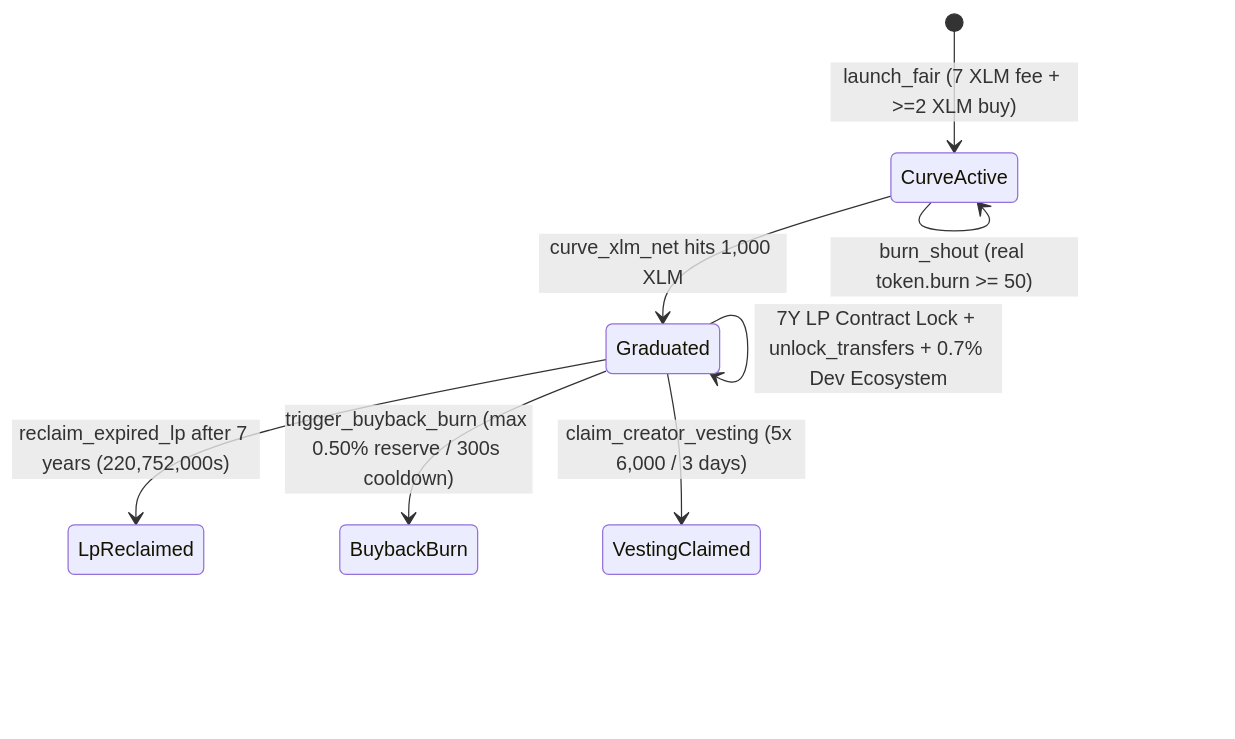
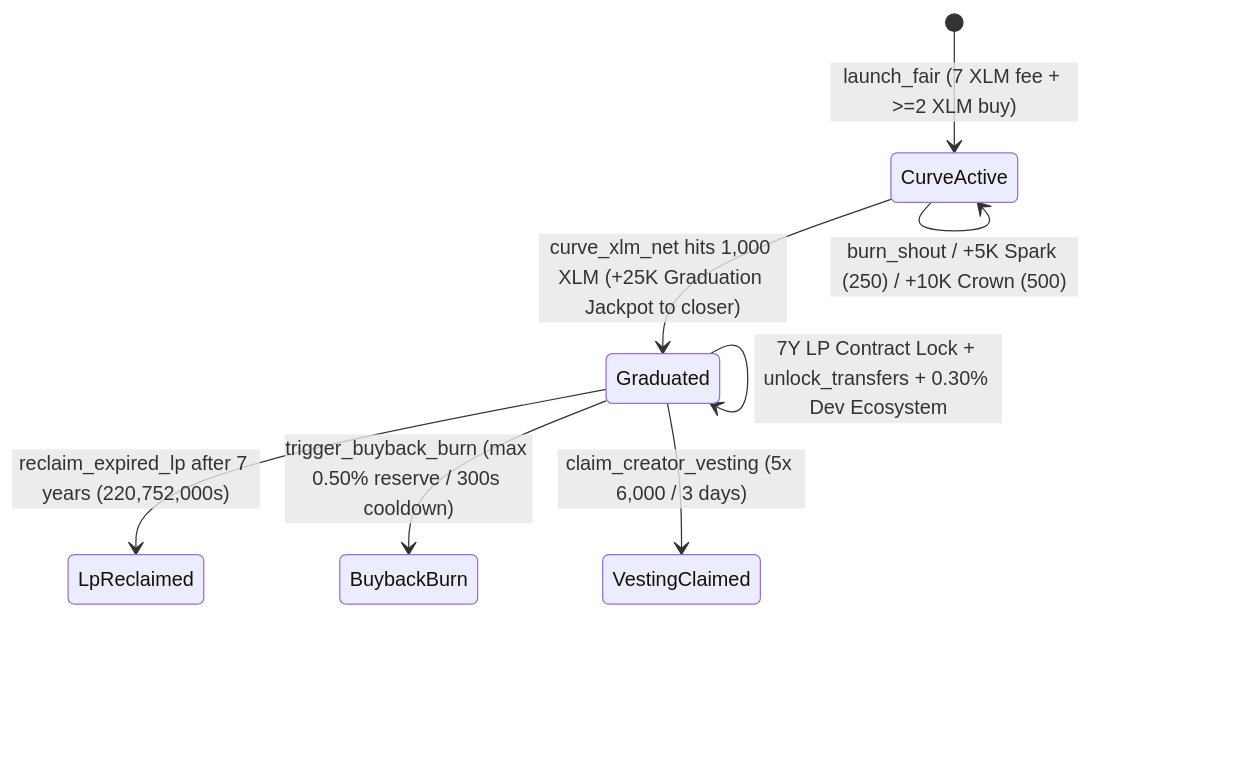
One commit to NunaLabsDev/astrogate changed the diagram in ARCHITECTURE.md. Above: the diagram before and after it, drawn with Mermaid. The commit also changed other lines of this file and 58 other files, not shown here.

````diff
--- a/ARCHITECTURE.md
+++ b/ARCHITECTURE.md
@@ -18,11 +18,11 @@
 ```mermaid
 stateDiagram-v2
     [*] --> CurveActive: launch_fair (7 XLM fee + >=2 XLM buy)
-    CurveActive --> CurveActive: buy_curve (0.80% fee) / sell_curve (2.5%->1.5% fee)
-    CurveActive --> CurveActive: burn_shout (real token.burn >= 50)
-    CurveActive --> Graduated: curve_xlm_net hits 1,000 XLM
-    Graduated --> Graduated: 7Y LP Contract Lock + unlock_transfers + 0.7% Dev Ecosystem
+    CurveActive --> CurveActive: buy_curve (0.30%/0.50%/0.25%) / sell_curve (1.2%/1.8%/1.5%)
+    CurveActive --> CurveActive: burn_shout / +5K Spark (250) / +10K Crown (500)
+    CurveActive --> Graduated: curve_xlm_net hits 1,000 XLM (+25K Graduation Jackpot to closer)
+    Graduated --> Graduated: 7Y LP Contract Lock + unlock_transfers + 0.30% Dev Ecosystem
     Graduated --> LpReclaimed: reclaim_expired_lp after 7 years (220,752,000s)
     Graduated --> BuybackBurn: trigger_buyback_burn (max 0.50% reserve / 300s cooldown)
     Graduated --> VestingClaimed: claim_creator_vesting (5x 6,000 / 3 days)
 ```
````
